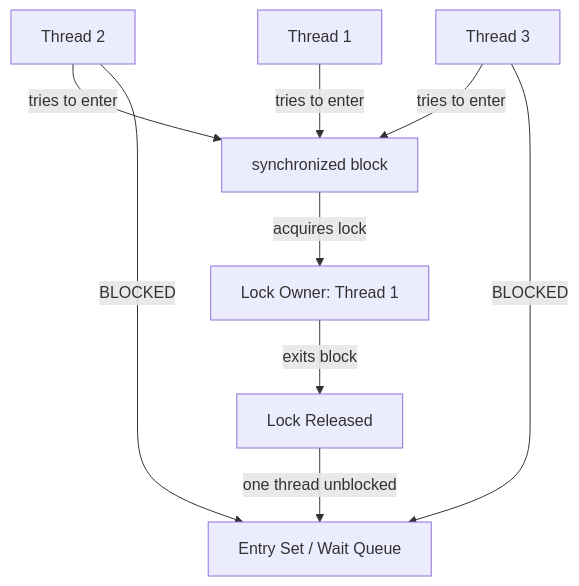
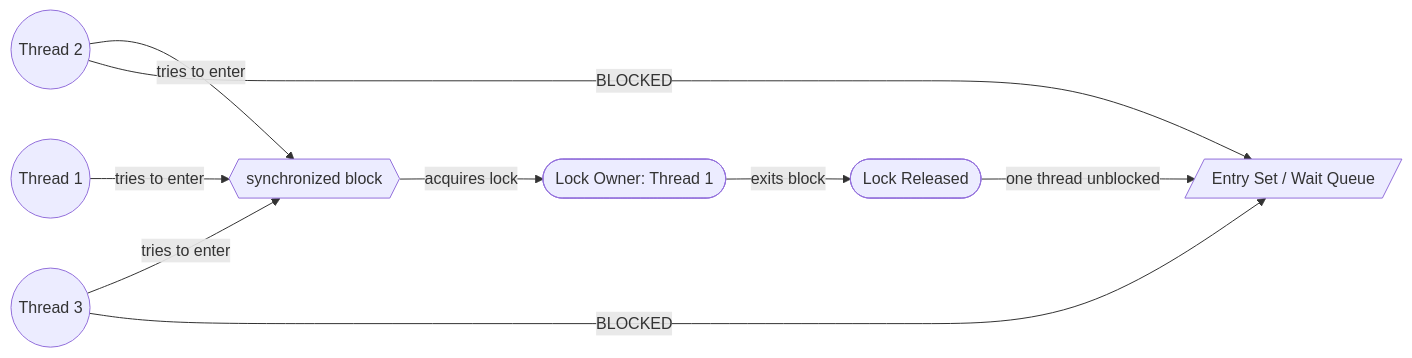
One commit to saivamsikaruturi/vamsilabs-dev-notes-main changed the fourth of 9 diagrams in docs/java/MultiThreading.md. Above: the diagram before and after it, drawn with Mermaid. The commit also changed other lines of this file and 146 other files, not shown here.

Commit message:
Horizontal diagrams, UML class diagrams, typography overhaul, and permalink cleanup

````diff
--- a/docs/java/MultiThreading.md
+++ b/docs/java/MultiThreading.md
@@ -370,11 +372,11 @@
 ```mermaid
-graph TD
-    T1[Thread 1] -->|tries to enter| SYNC[synchronized block]
-    T2[Thread 2] -->|tries to enter| SYNC
-    T3[Thread 3] -->|tries to enter| SYNC
-    SYNC -->|acquires lock| OWNER[Lock Owner: Thread 1]
-    T2 -->|BLOCKED| QUEUE[Entry Set / Wait Queue]
+flowchart LR
+    T1(("Thread 1")) -->|tries to enter| SYNC{{"synchronized block"}}
+    T2(("Thread 2")) -->|tries to enter| SYNC
+    T3(("Thread 3")) -->|tries to enter| SYNC
+    SYNC -->|acquires lock| OWNER(["Lock Owner: Thread 1"])
+    T2 -->|BLOCKED| QUEUE[/"Entry Set / Wait Queue"/]
     T3 -->|BLOCKED| QUEUE
-    OWNER -->|exits block| RELEASE[Lock Released]
+    OWNER -->|exits block| RELEASE(["Lock Released"])
     RELEASE -->|one thread unblocked| QUEUE
 ```
````
